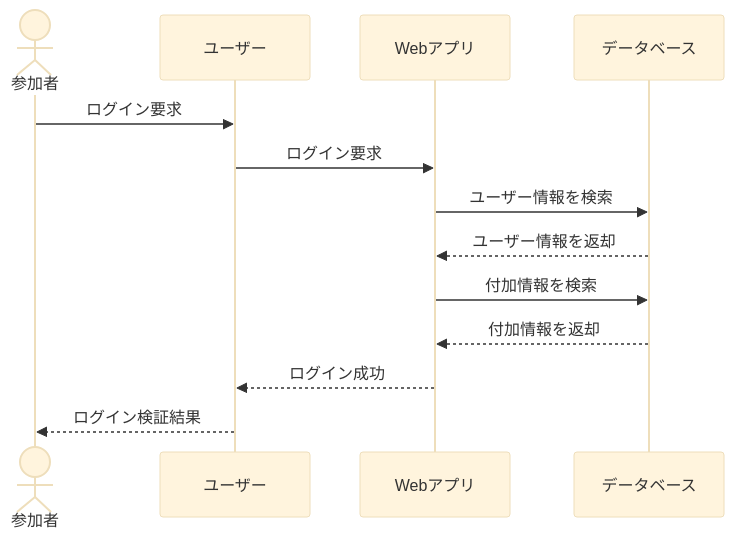
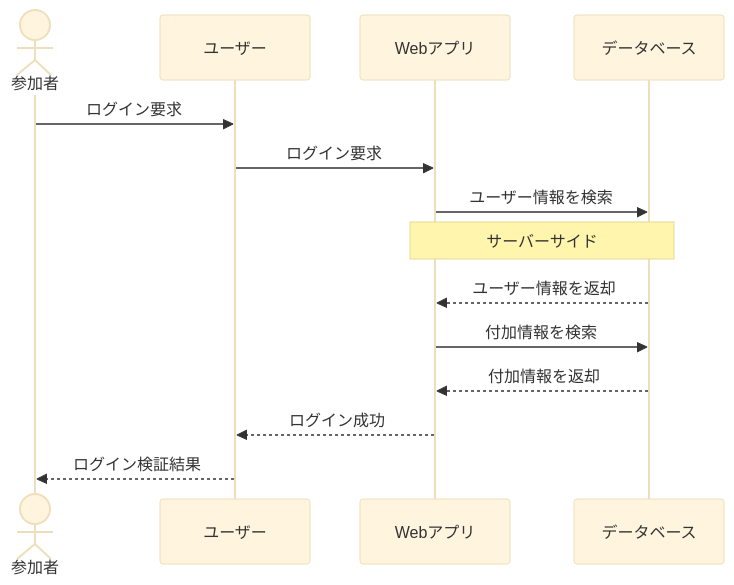
The third of 3 diagrams in docs/spec.md (snowhiro/markdown_editor), drawn with Mermaid (base theme) before and after one commit. The commit also changed other lines of this file and 9 other files, not shown here.

````diff
--- a/docs/spec.md
+++ b/docs/spec.md
@@ -214,15 +226,16 @@
   ```mermaid
   sequenceDiagram
       actor p1 as 参加者
       participant U as ユーザー
       participant W as Webアプリ
       participant D as データベース
       p1->>U: ログイン要求
       U->>W: ログイン要求
       W->>D: ユーザー情報を検索
+      Note over W,D: サーバーサイド
       D-->>W: ユーザー情報を返却
       W->>D: 付加情報を検索
       D-->>W: 付加情報を返却
       W-->>U: ログイン成功
       U-->>p1: ログイン検証結果
   ```
````
